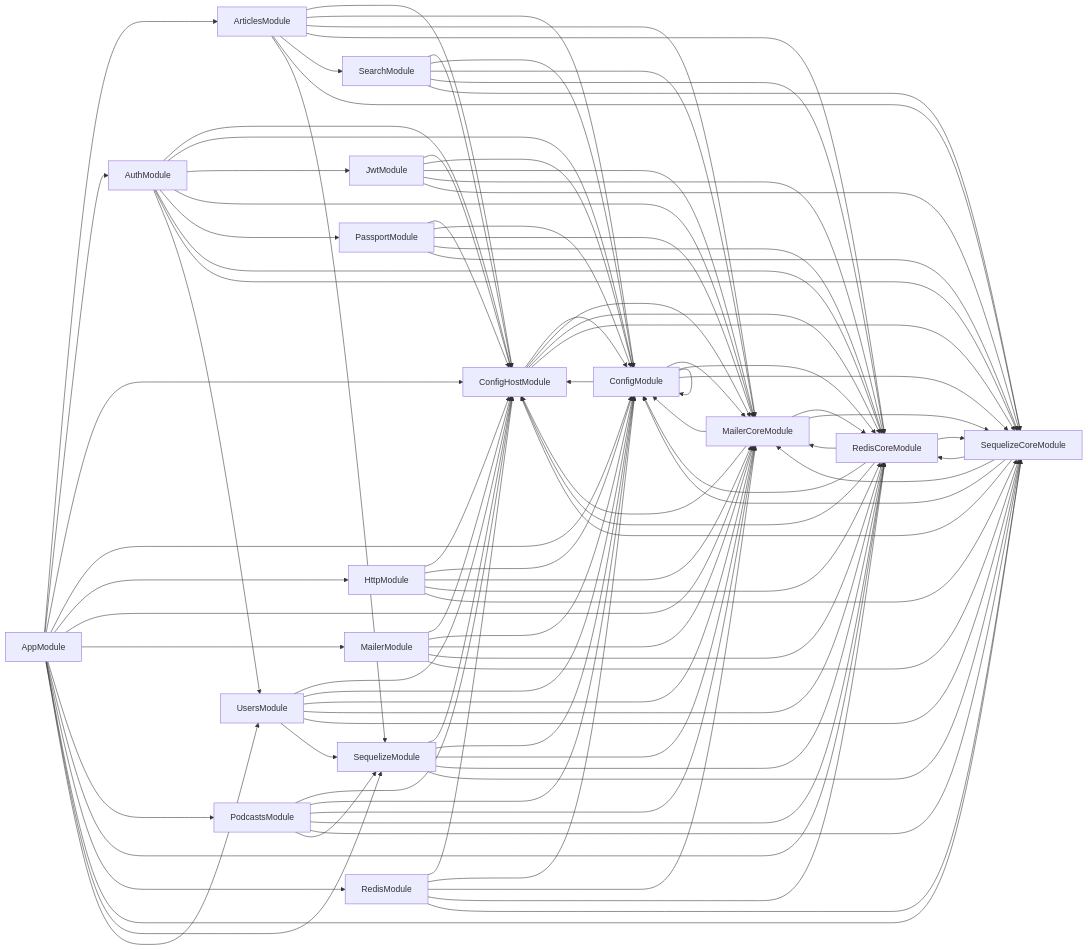
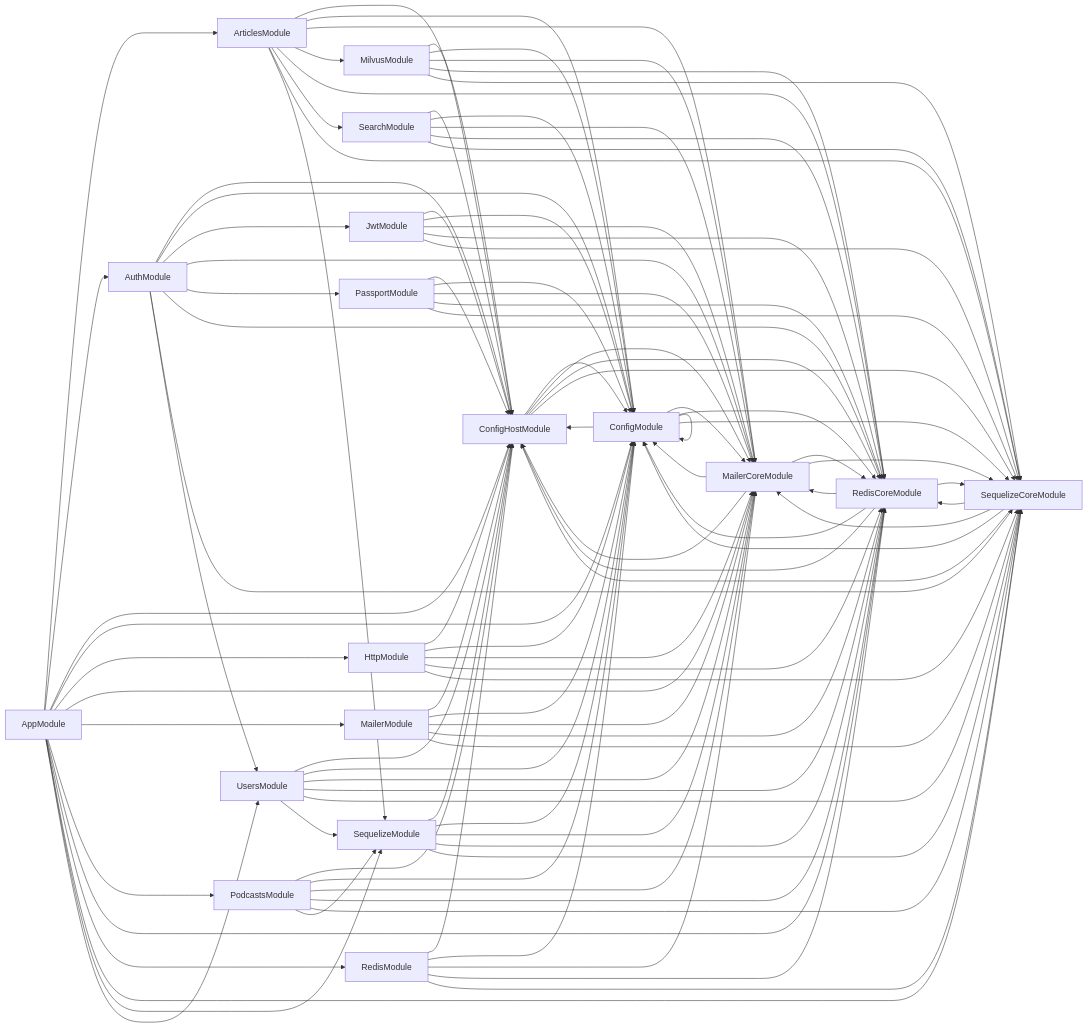
Before and after one commit to ntkwan/newsify: the diagram in backend/deps.mermaid, drawn with Mermaid. The commit also changed 8 other files, not shown here.

```diff
--- a/backend/deps.mermaid
+++ b/backend/deps.mermaid
@@ -1,97 +1,103 @@
 graph LR
     AppModule-->ArticlesModule
   AppModule-->AuthModule
   AppModule-->ConfigHostModule
   AppModule-->ConfigModule
   AppModule-->HttpModule
   AppModule-->MailerCoreModule
   AppModule-->MailerModule
   AppModule-->PodcastsModule
   AppModule-->RedisCoreModule
   AppModule-->RedisModule
   AppModule-->SequelizeCoreModule
   AppModule-->SequelizeModule
   AppModule-->UsersModule
   ArticlesModule-->ConfigHostModule
   ArticlesModule-->ConfigModule
   ArticlesModule-->MailerCoreModule
+  ArticlesModule-->MilvusModule
   ArticlesModule-->RedisCoreModule
   ArticlesModule-->SearchModule
   ArticlesModule-->SequelizeCoreModule
   ArticlesModule-->SequelizeModule
   AuthModule-->ConfigHostModule
   AuthModule-->ConfigModule
   AuthModule-->JwtModule
   AuthModule-->MailerCoreModule
   AuthModule-->PassportModule
   AuthModule-->RedisCoreModule
   AuthModule-->SequelizeCoreModule
   AuthModule-->UsersModule
   ConfigHostModule-->ConfigModule
   ConfigHostModule-->MailerCoreModule
   ConfigHostModule-->RedisCoreModule
   ConfigHostModule-->SequelizeCoreModule
   ConfigModule-->ConfigHostModule
   ConfigModule-->ConfigModule
   ConfigModule-->MailerCoreModule
   ConfigModule-->RedisCoreModule
   ConfigModule-->SequelizeCoreModule
   HttpModule-->ConfigHostModule
   HttpModule-->ConfigModule
   HttpModule-->MailerCoreModule
   HttpModule-->RedisCoreModule
   HttpModule-->SequelizeCoreModule
   JwtModule-->ConfigHostModule
   JwtModule-->ConfigModule
   JwtModule-->MailerCoreModule
   JwtModule-->RedisCoreModule
   JwtModule-->SequelizeCoreModule
   MailerCoreModule-->ConfigHostModule
   MailerCoreModule-->ConfigModule
   MailerCoreModule-->RedisCoreModule
   MailerCoreModule-->SequelizeCoreModule
   MailerModule-->ConfigHostModule
   MailerModule-->ConfigModule
   MailerModule-->MailerCoreModule
   MailerModule-->RedisCoreModule
   MailerModule-->SequelizeCoreModule
+  MilvusModule-->ConfigHostModule
+  MilvusModule-->ConfigModule
+  MilvusModule-->MailerCoreModule
+  MilvusModule-->RedisCoreModule
+  MilvusModule-->SequelizeCoreModule
   PassportModule-->ConfigHostModule
   PassportModule-->ConfigModule
   PassportModule-->MailerCoreModule
   PassportModule-->RedisCoreModule
   PassportModule-->SequelizeCoreModule
   PodcastsModule-->ConfigHostModule
   PodcastsModule-->ConfigModule
   PodcastsModule-->MailerCoreModule
   PodcastsModule-->RedisCoreModule
   PodcastsModule-->SequelizeCoreModule
   PodcastsModule-->SequelizeModule
   RedisCoreModule-->ConfigHostModule
   RedisCoreModule-->ConfigModule
   RedisCoreModule-->MailerCoreModule
   RedisCoreModule-->SequelizeCoreModule
   RedisModule-->ConfigHostModule
   RedisModule-->ConfigModule
   RedisModule-->MailerCoreModule
   RedisModule-->RedisCoreModule
   RedisModule-->SequelizeCoreModule
   SearchModule-->ConfigHostModule
   SearchModule-->ConfigModule
   SearchModule-->MailerCoreModule
   SearchModule-->RedisCoreModule
   SearchModule-->SequelizeCoreModule
   SequelizeCoreModule-->ConfigHostModule
   SequelizeCoreModule-->ConfigModule
   SequelizeCoreModule-->MailerCoreModule
   SequelizeCoreModule-->RedisCoreModule
   SequelizeModule-->ConfigHostModule
   SequelizeModule-->ConfigModule
   SequelizeModule-->MailerCoreModule
   SequelizeModule-->RedisCoreModule
   SequelizeModule-->SequelizeCoreModule
   UsersModule-->ConfigHostModule
   UsersModule-->ConfigModule
   UsersModule-->MailerCoreModule
   UsersModule-->RedisCoreModule
   UsersModule-->SequelizeCoreModule
   UsersModule-->SequelizeModule
```
